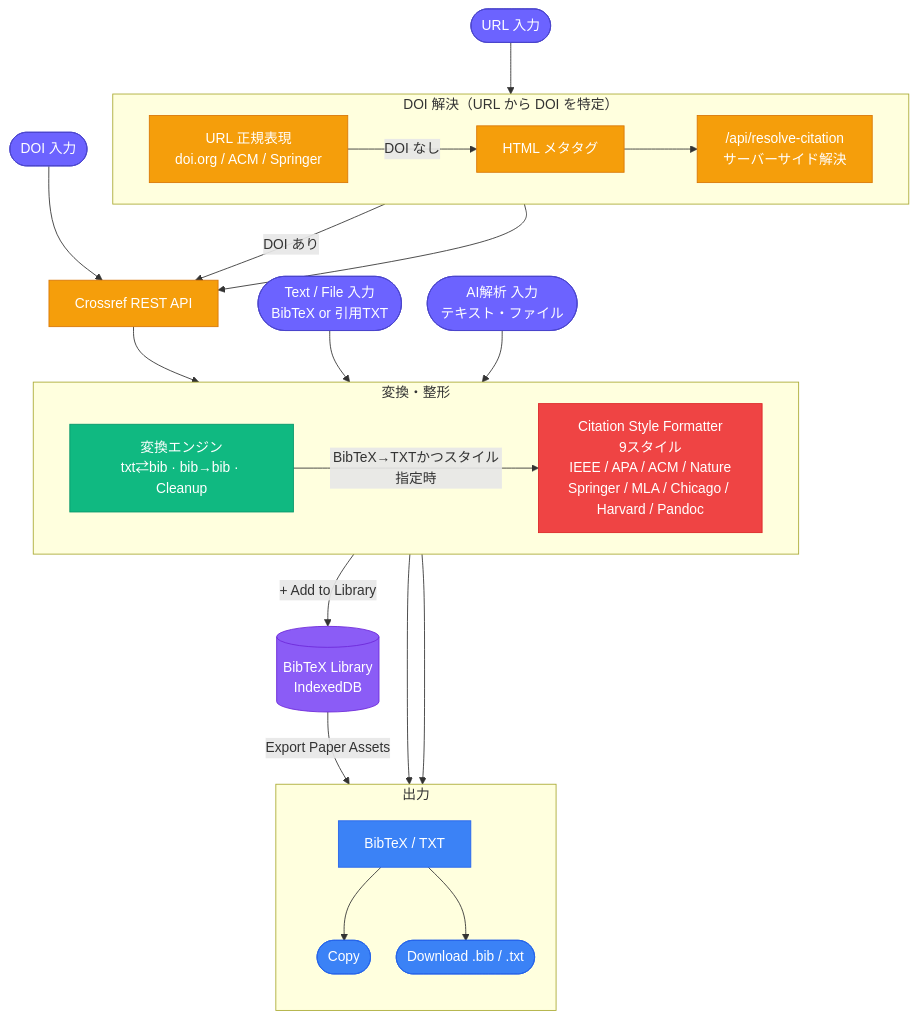
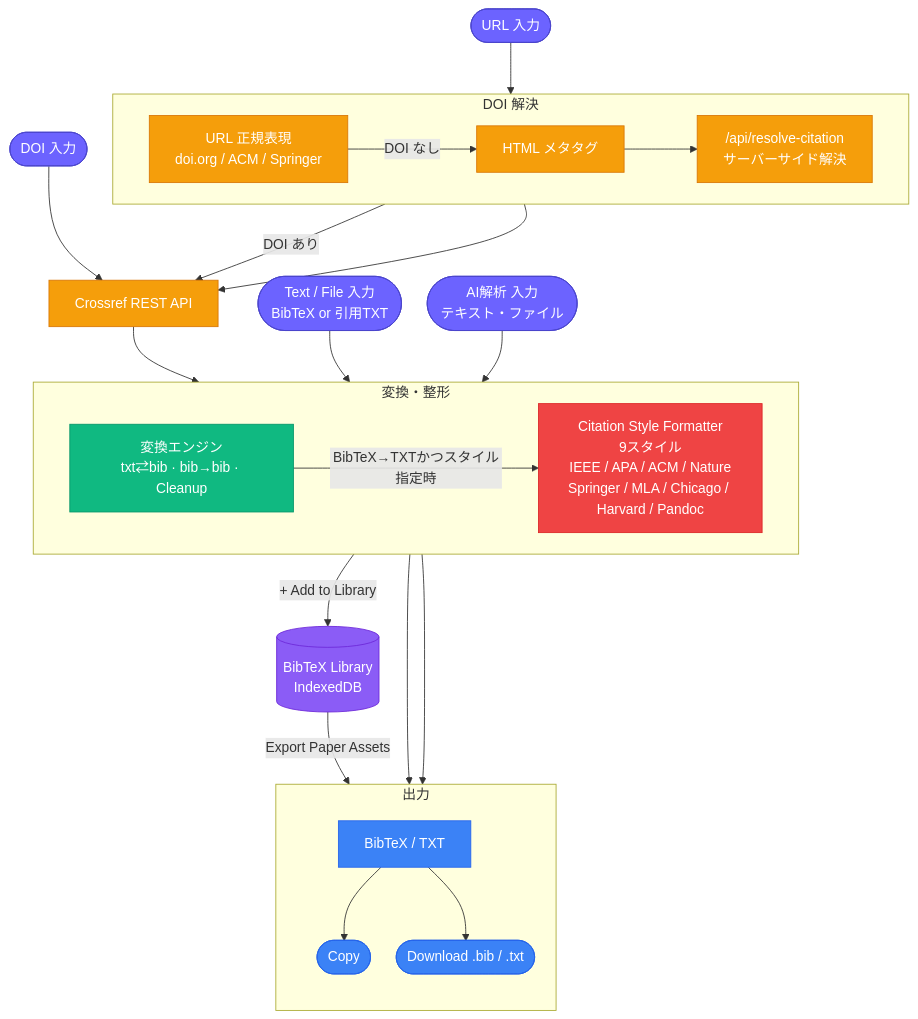
The first of 3 diagrams in docs/architecture/citation.md (Axe0320/latex-research-toolkit), drawn with Mermaid before and after one commit. The commit also changed other lines of this file and 1 other file, not shown here.

Commit message:
アーキテクチャ図の枠をまたぐ矢印の団子状描画とタイトル重なりを修正
- 画像変換「システム全体」：useConversionフックと変換エンジンの枠が別々だと、Promise.allから4つの変換関数への矢印が枠の境界をまたぐ際にMermaidの仕様で線が団子状に密集して描画される不具合があった。2つの枠を1つ（「useConversionフック・変換エンジン」）に統合し解消
- Citation「システム全体」：「DOI 解決（URL から DOI を特定）」という長い枠タイトルが、GitHub上ではURL入力からの矢印と重なって見えていた。タイトルを「DOI 解決」に短縮し、説明文は図の下に移動
- ローカルのmermaid-cliで再レンダリングし、矢印の分岐が明確に分かれて描画されることを確認済み

````diff
--- a/docs/architecture/citation.md
+++ b/docs/architecture/citation.md
@@ -15,55 +15,55 @@
 ```mermaid
 %%{init: {'flowchart': {'nodeSpacing': 30, 'rankSpacing': 60}}}%%
 flowchart TD
     classDef input  fill:#6C63FF,color:#fff,stroke:#4a44cc
     classDef api    fill:#F59E0B,color:#fff,stroke:#D97706
     classDef parse  fill:#10B981,color:#fff,stroke:#059669
     classDef format fill:#EF4444,color:#fff,stroke:#DC2626
     classDef out    fill:#3B82F6,color:#fff,stroke:#2563EB
     classDef store  fill:#8B5CF6,color:#fff,stroke:#6D28D9
 
     T(["Text / File 入力<br/>BibTeX or 引用TXT"]):::input
     AI(["AI解析 入力<br/>テキスト・ファイル"]):::input
     D(["DOI 入力"]):::input
     U(["URL 入力"]):::input
 
-    subgraph RESOLVE["DOI 解決（URL から DOI を特定）"]
+    subgraph RESOLVE["DOI 解決"]
         direction LR
         RX["URL 正規表現<br/>doi.org / ACM / Springer"]:::api
         META[HTML メタタグ]:::api
         PROXY["/api/resolve-citation<br/>サーバーサイド解決"]:::api
         RX -->|"DOI なし"| META --> PROXY
     end
 
     CR[Crossref REST API]:::api
 
     subgraph PROC["変換・整形"]
         direction LR
         CV["変換エンジン<br/>txt⇄bib · bib→bib · Cleanup"]:::parse
         SF["Citation Style Formatter<br/>9スタイル<br/>IEEE / APA / ACM / Nature<br/>Springer / MLA / Chicago / Harvard / Pandoc"]:::format
         CV -->|"BibTeX→TXTかつスタイル指定時"| SF
     end
 
     subgraph OUT["出力"]
         direction TB
         OP[BibTeX / TXT]:::out
         CP([Copy]):::out
         DL([Download .bib / .txt]):::out
         OP --> CP
         OP --> DL
     end
 
     LIB[("BibTeX Library<br/>IndexedDB")]:::store
 
     U --> RX
     D --> CR
     RX -->|"DOI あり"| CR
     PROXY --> CR
     CR --> CV
     T --> CV
     AI --> CV
     CV --> OP
     SF --> OP
     CV -->|"+ Add to Library"| LIB
     LIB -->|"Export Paper Assets"| DL
 ```
````
